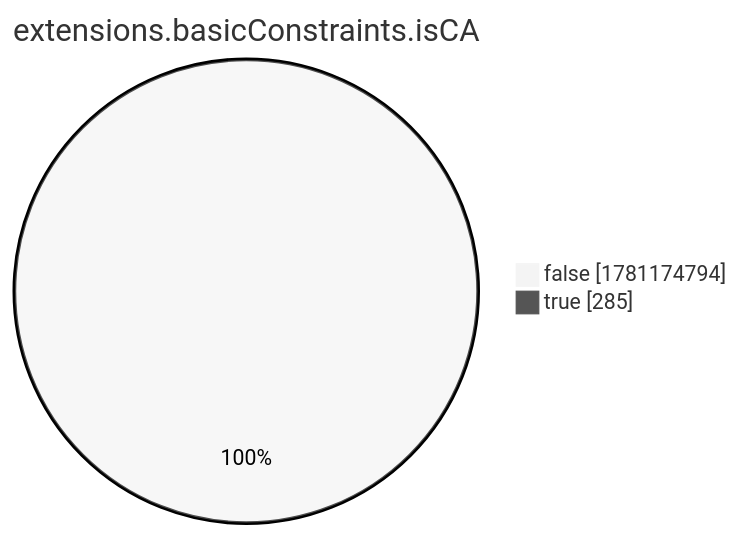
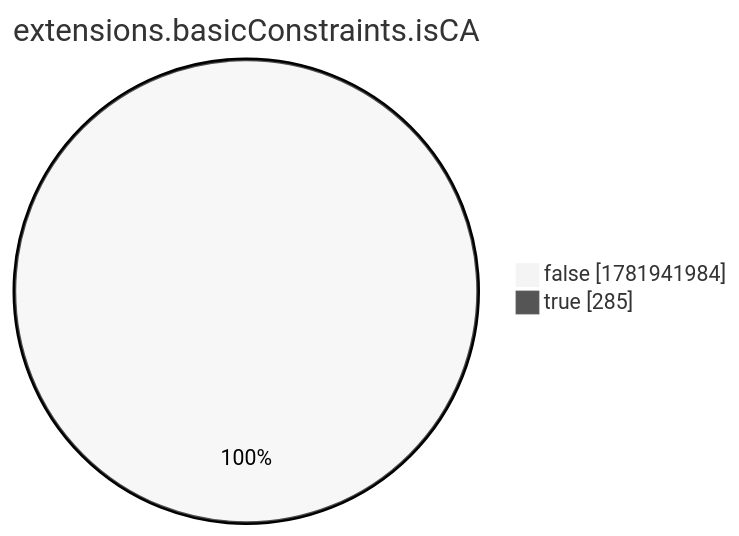
Before and after one commit to christiankrug/ctmonitor_visualization: the eighth of 15 diagrams in xenon2022/README.md, drawn with Mermaid (neutral theme). The commit also changed other lines of this file, not shown here.

````diff
--- a/xenon2022/README.md
+++ b/xenon2022/README.md
@@ -2868,6 +2868,6 @@
 ```mermaid
 pie showData
 title extensions.basicConstraints.isCA
-"false" :1781174794
+"false" :1781941984
 "true" :285
 ```
````
